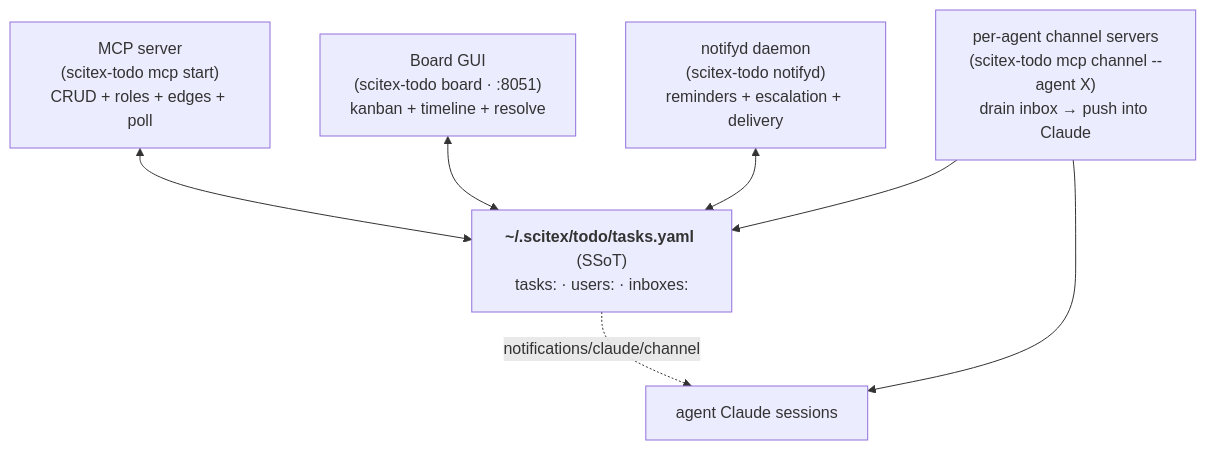
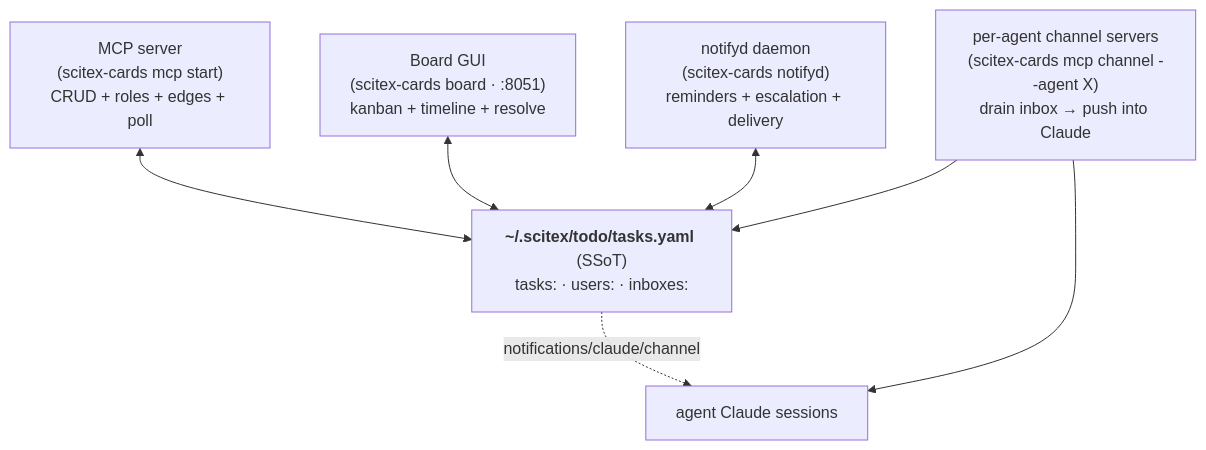
Before and after one commit to scitex-ai/scitex-todo: the first of 4 diagrams in README.md, drawn with Mermaid. The commit also changed other lines of this file and 934 other files, not shown here.

First line of the commit message:
feat: rename scitex-todo -> scitex-cards (package canonical rename)

````diff
--- a/README.md
+++ b/README.md
@@ -61,18 +61,18 @@
 ```mermaid
 flowchart TB
     store["`**~/.scitex/todo/tasks.yaml** (SSoT)
     tasks: · users: · inboxes:`"]
 
-    mcp["MCP server<br/>(scitex-todo mcp start)<br/>CRUD + roles + edges + poll"]
-    board["Board GUI<br/>(scitex-todo board · :8051)<br/>kanban + timeline + resolve"]
-    notifyd["notifyd daemon<br/>(scitex-todo notifyd)<br/>reminders + escalation + delivery"]
-    chan["per-agent channel servers<br/>(scitex-todo mcp channel --agent X)<br/>drain inbox → push into Claude"]
+    mcp["MCP server<br/>(scitex-cards mcp start)<br/>CRUD + roles + edges + poll"]
+    board["Board GUI<br/>(scitex-cards board · :8051)<br/>kanban + timeline + resolve"]
+    notifyd["notifyd daemon<br/>(scitex-cards notifyd)<br/>reminders + escalation + delivery"]
+    chan["per-agent channel servers<br/>(scitex-cards mcp channel --agent X)<br/>drain inbox → push into Claude"]
 
     mcp <--> store
     board <--> store
     notifyd <--> store
     chan --> store
 
     store -. "notifications/claude/channel" .-> claude["agent Claude sessions"]
     chan --> claude
 ```
````
